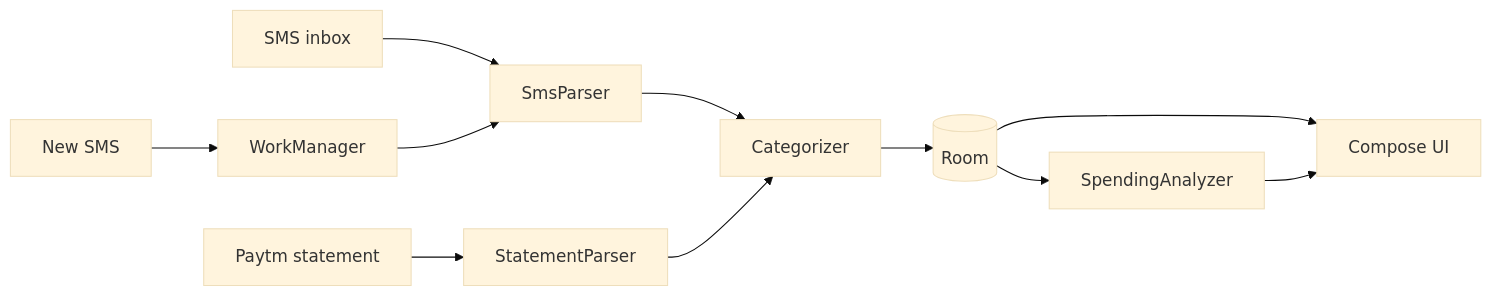
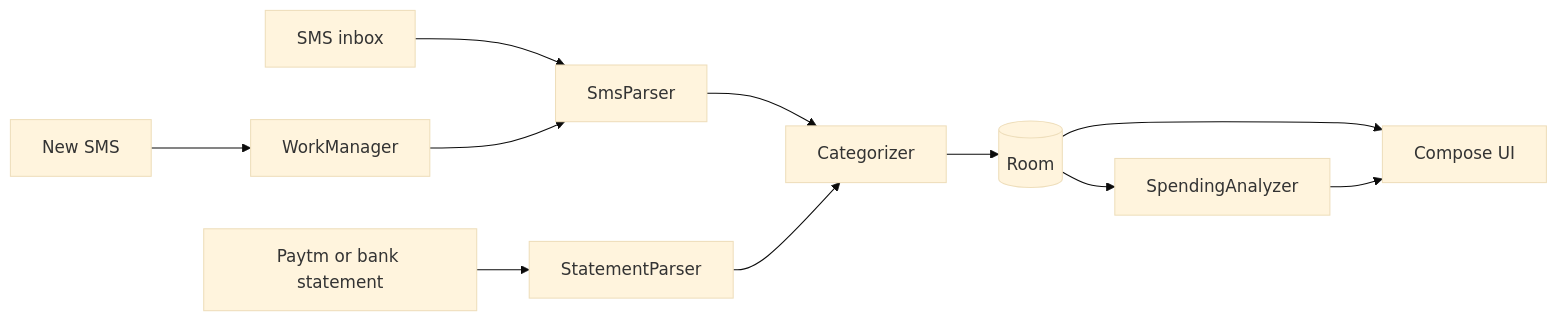
The diagram in README.md (PriyamKeshri/Spendwise), drawn with Mermaid (base theme) before and after one commit. The commit also changed other lines of this file and 12 other files, not shown here.

````diff
--- a/README.md
+++ b/README.md
@@ -73,10 +73,10 @@
 ```mermaid
 flowchart LR
     inbox[SMS inbox] --> parser[SmsParser]
     receiver[New SMS] --> worker[WorkManager] --> parser
-    statement[Paytm statement] --> reader[StatementParser]
+    statement[Paytm or bank statement] --> reader[StatementParser]
     parser --> categorizer[Categorizer]
     reader --> categorizer
     categorizer --> db[(Room)] --> ui[Compose UI]
     db --> analyzer[SpendingAnalyzer] --> ui
 ```
````
